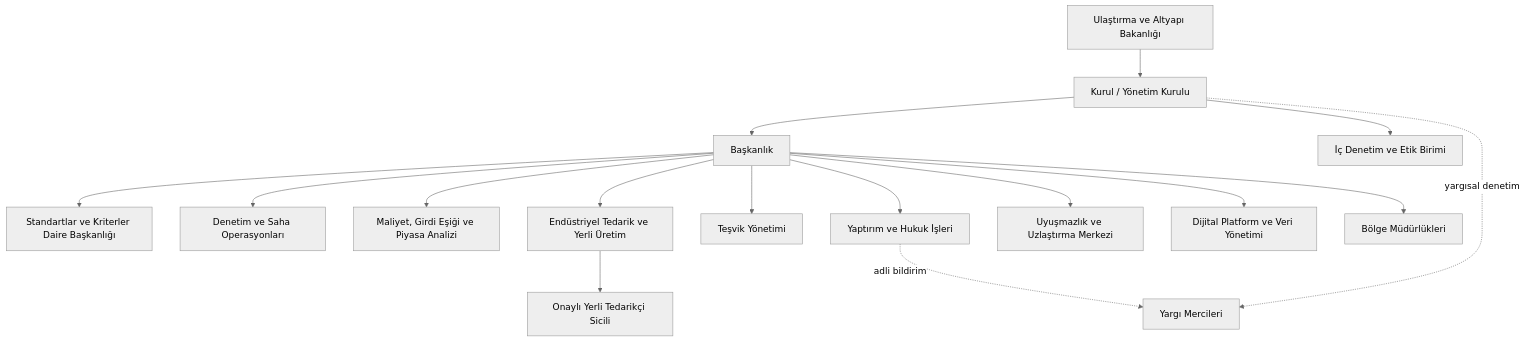
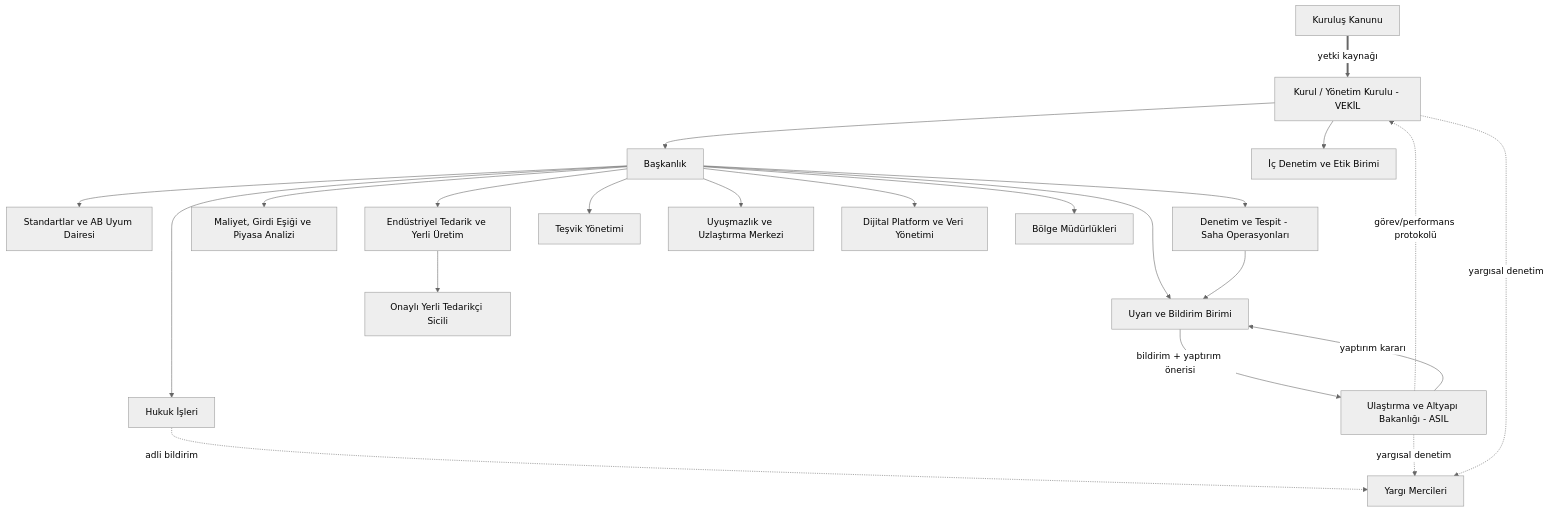
The second of 2 diagrams in README.md (saydamonur2002-tech/belirsiz), drawn with Mermaid (neutral theme) before and after one commit. The commit also changed other lines of this file, not shown here.

Commit message:
AB/uluslararası standart uyumu, asıl–vekil yetki modeli ve bildirim zincirli yaptırım süreci

````diff
--- a/README.md
+++ b/README.md
@@ -129,18 +174,24 @@
 ```mermaid
 flowchart TD
-    B[Ulaştırma ve Altyapı Bakanlığı] --> K[Kurul / Yönetim Kurulu]
+    KK[Kuruluş Kanunu] ==>|yetki kaynağı| K
+    B[Ulaştırma ve Altyapı Bakanlığı - ASIL] -. görev/performans protokolü .-> K[Kurul / Yönetim Kurulu - VEKİL]
     K --> BA[Başkanlık]
     K --> ID[İç Denetim ve Etik Birimi]
-    BA --> S[Standartlar ve Kriterler Daire Başkanlığı]
-    BA --> D[Denetim ve Saha Operasyonları]
+    BA --> S[Standartlar ve AB Uyum Dairesi]
+    BA --> D[Denetim ve Tespit - Saha Operasyonları]
+    BA --> BY[Uyarı ve Bildirim Birimi]
     BA --> M[Maliyet, Girdi Eşiği ve Piyasa Analizi]
     BA --> E[Endüstriyel Tedarik ve Yerli Üretim]
     BA --> T[Teşvik Yönetimi]
-    BA --> Y[Yaptırım ve Hukuk İşleri]
+    BA --> H[Hukuk İşleri]
     BA --> U[Uyuşmazlık ve Uzlaştırma Merkezi]
     BA --> V[Dijital Platform ve Veri Yönetimi]
     BA --> R[Bölge Müdürlükleri]
     E --> TS[Onaylı Yerli Tedarikçi Sicili]
-    Y -. adli bildirim .-> A[Yargı Mercileri]
+    D --> BY
+    BY -->|bildirim + yaptırım önerisi| B
+    B -->|yaptırım kararı| BY
+    H -. adli bildirim .-> A[Yargı Mercileri]
+    B -. yargısal denetim .-> A
     K -. yargısal denetim .-> A
 ```
````
